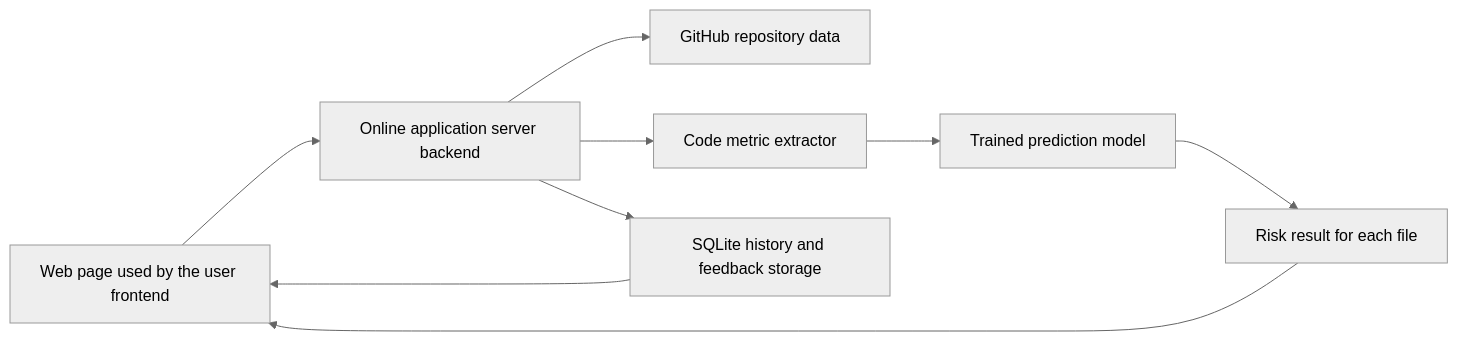
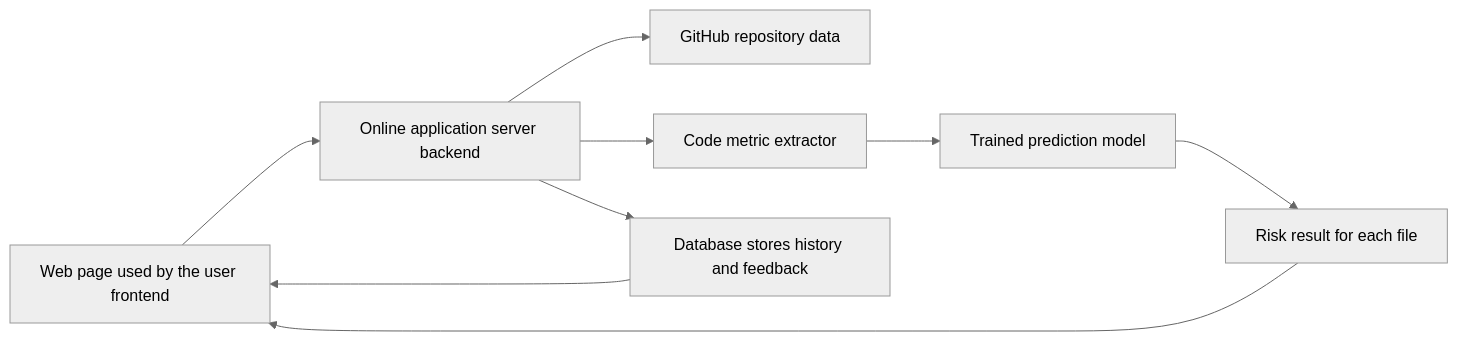
One commit to Penkei/SDP-for-GitHub changed the second of 3 diagrams in README.md. Above: the diagram before and after it, drawn with Mermaid (neutral theme). The commit also changed other lines of this file and 10 other files, not shown here.

Commit message:
Enhance database support by integrating PostgreSQL and updating environment configurations for feedback and prediction history storage

````diff
--- a/README.md
+++ b/README.md
@@ -59,11 +59,11 @@
 ```mermaid
 flowchart LR
     A["Web page used by the user frontend"] --> B["Online application server backend"]
     B --> C["GitHub repository data"]
     B --> D["Code metric extractor"]
     D --> E["Trained prediction model"]
     E --> F["Risk result for each file"]
-    B --> G["SQLite history and feedback storage"]
+    B --> G["Database stores history and feedback"]
     F --> A
     G --> A
 ```
````
